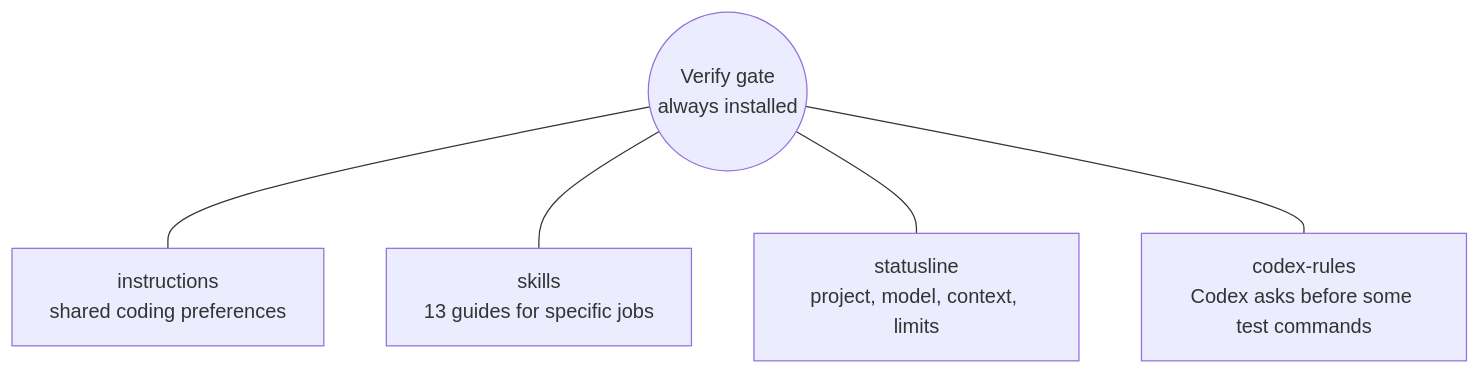
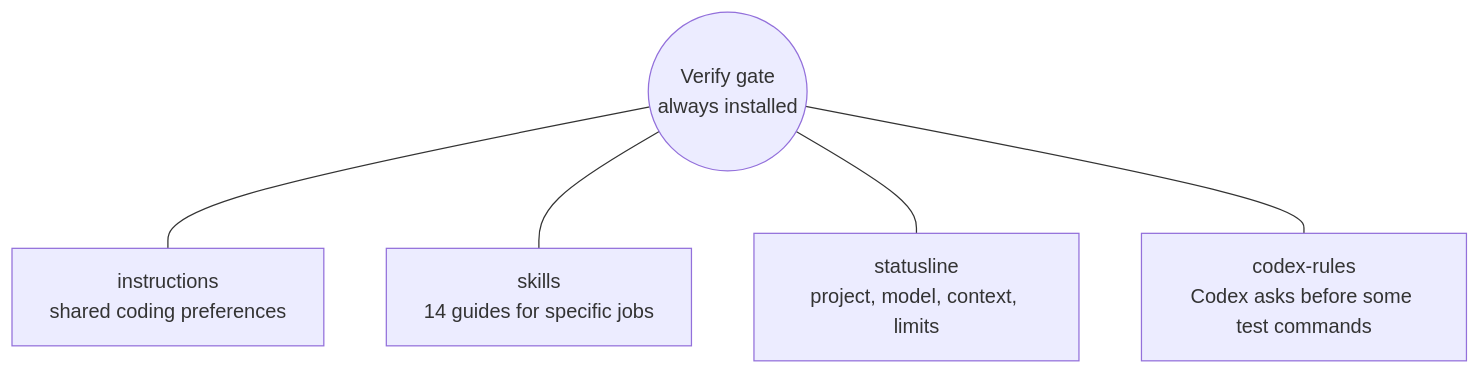
The sixth of 7 diagrams in docs/overview.md (chrysogonus/power-agents), drawn with Mermaid before and after one commit. The commit also changed other lines of this file and 4 other files, not shown here.

````diff
--- a/docs/overview.md
+++ b/docs/overview.md
@@ -207,8 +207,8 @@
 ```mermaid
 flowchart TD
     G(("Verify gate<br/>always installed"))
     G --- I["instructions<br/>shared coding preferences"]
-    G --- S["skills<br/>13 guides for specific jobs"]
+    G --- S["skills<br/>14 guides for specific jobs"]
     G --- T["statusline<br/>project, model, context, limits"]
     G --- R["codex-rules<br/>Codex asks before some test commands"]
 ```
````
